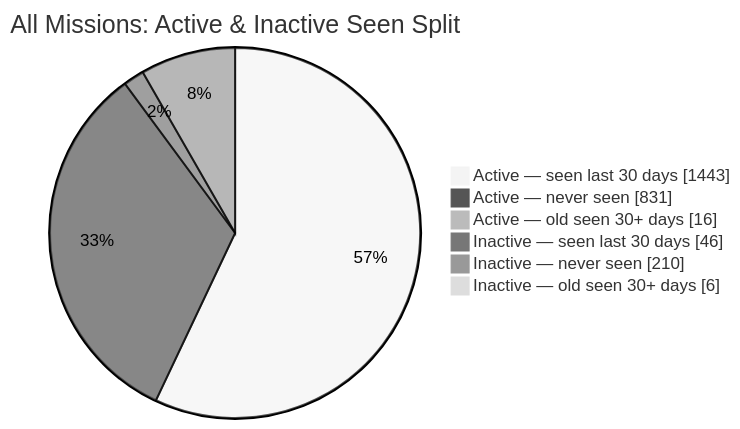
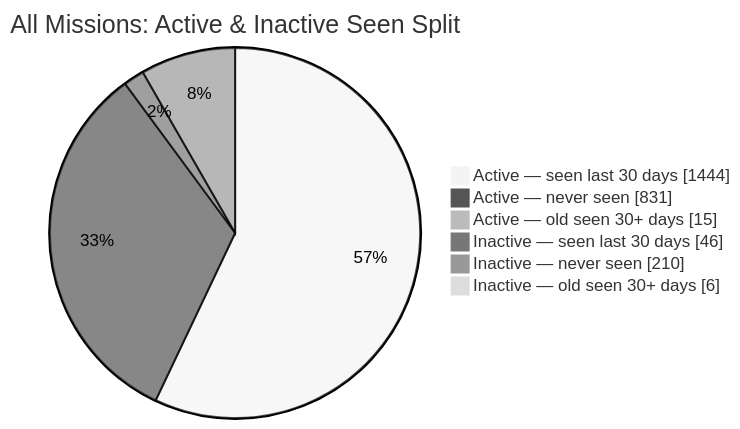
The second of 2 diagrams in README.md (MeldkamerspelGameTeam/active-missions), drawn with Mermaid (neutral theme) before and after one commit. The commit also changed other lines of this file and 2 other files, not shown here.

````diff
--- a/README.md
+++ b/README.md
@@ -44,10 +44,10 @@
 ```mermaid
 pie showData
     title All Missions: Active & Inactive Seen Split
-    "Active — seen last 30 days" : 1443
+    "Active — seen last 30 days" : 1444
     "Active — never seen" : 831
-    "Active — old seen 30+ days" : 16
+    "Active — old seen 30+ days" : 15
     "Inactive — seen last 30 days" : 46
     "Inactive — never seen" : 210
     "Inactive — old seen 30+ days" : 6
 ```
````
